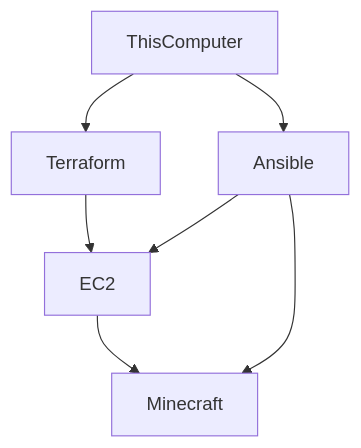
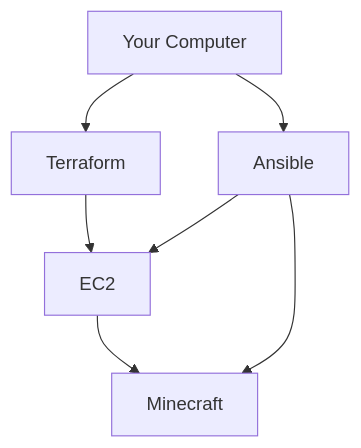
One commit to SandFrog/CS312Project2 changed the diagram in README.md. Above: the diagram before and after it, drawn with Mermaid. The commit also changed other lines of this file, not shown here.

````diff
--- a/README.md
+++ b/README.md
@@ -7,9 +7,9 @@
 ```mermaid
 graph TD;
-    ThisComputer-->Terraform;
-    ThisComputer-->Ansible;
+    A[Your Computer]-->Terraform;
+    A[Your Computer]-->Ansible;
     Terraform-->EC2;
     Ansible-->EC2;
     EC2-->Minecraft;
     Ansible-->Minecraft;
 ```
````
